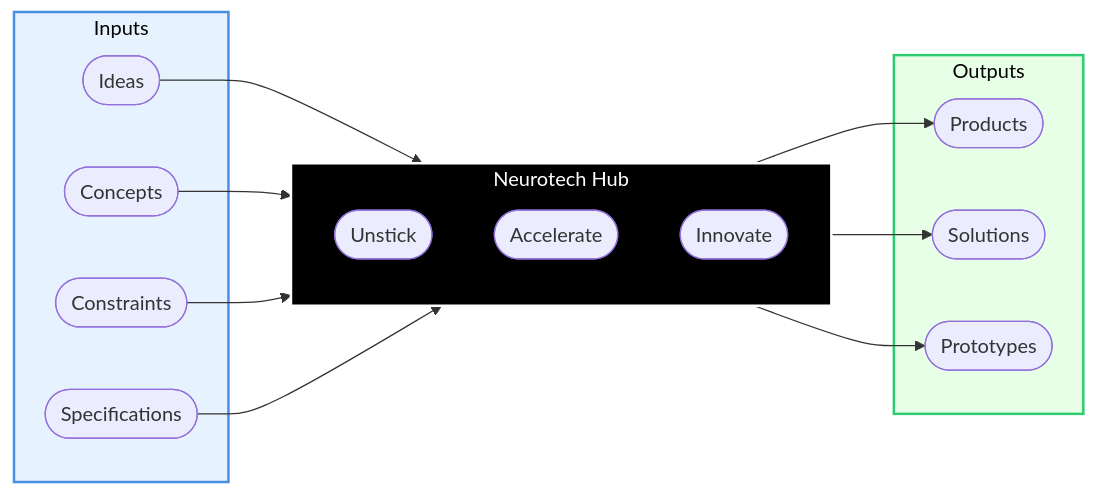
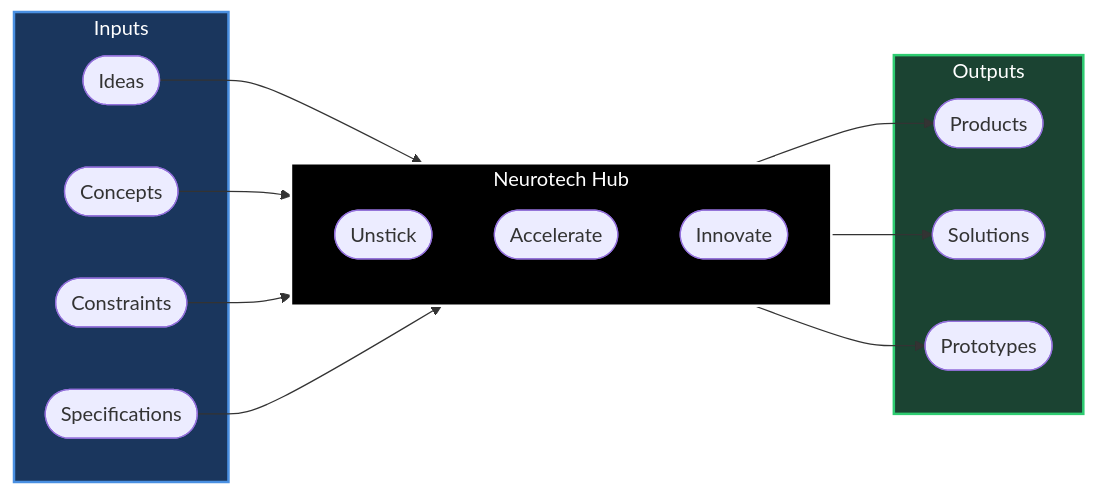
One commit to Neurotech-Hub/.github changed the diagram in profile/README.md. Above: the diagram before and after it, drawn with Mermaid.

````diff
--- a/profile/README.md
+++ b/profile/README.md
@@ -5,35 +5,35 @@
 ```mermaid
 flowchart LR
     subgraph Inputs
         A([Ideas])
         B([Concepts])
         C([Constraints])
         D([Specifications])
     end
     
     subgraph BlackBox[Neurotech Hub]
         direction TB
         E([Unstick])
         F([Accelerate])
         G([Innovate])
     end
     
     subgraph Outputs
         H([Products])
         I([Solutions])
         J([Prototypes])
     end
     
     A --> BlackBox
     B --> BlackBox
     C --> BlackBox
     D --> BlackBox
     
     BlackBox --> H
     BlackBox --> I
     BlackBox --> J
 
-    style BlackBox fill:#000000,color:#ffffff,padding:80px,stroke:#ffffff,stroke-width:2px,border-radius:10px
-    style Inputs fill:#e6f3ff,color:#000000,padding:40px,stroke:#4a90e2,stroke-width:2px,border-radius:10px
-    style Outputs fill:#e6ffe6,color:#000000,padding:40px,stroke:#2ecc71,stroke-width:2px,border-radius:10px
+    style BlackBox fill:#000000,color:#ffffff,padding:40px,stroke:#ffffff,stroke-width:2px
+    style Inputs fill:#1a365d,color:#ffffff,padding:40px,stroke:#4a90e2,stroke-width:2px
+    style Outputs fill:#1b4332,color:#ffffff,padding:40px,stroke:#2ecc71,stroke-width:2px
 ```
````
